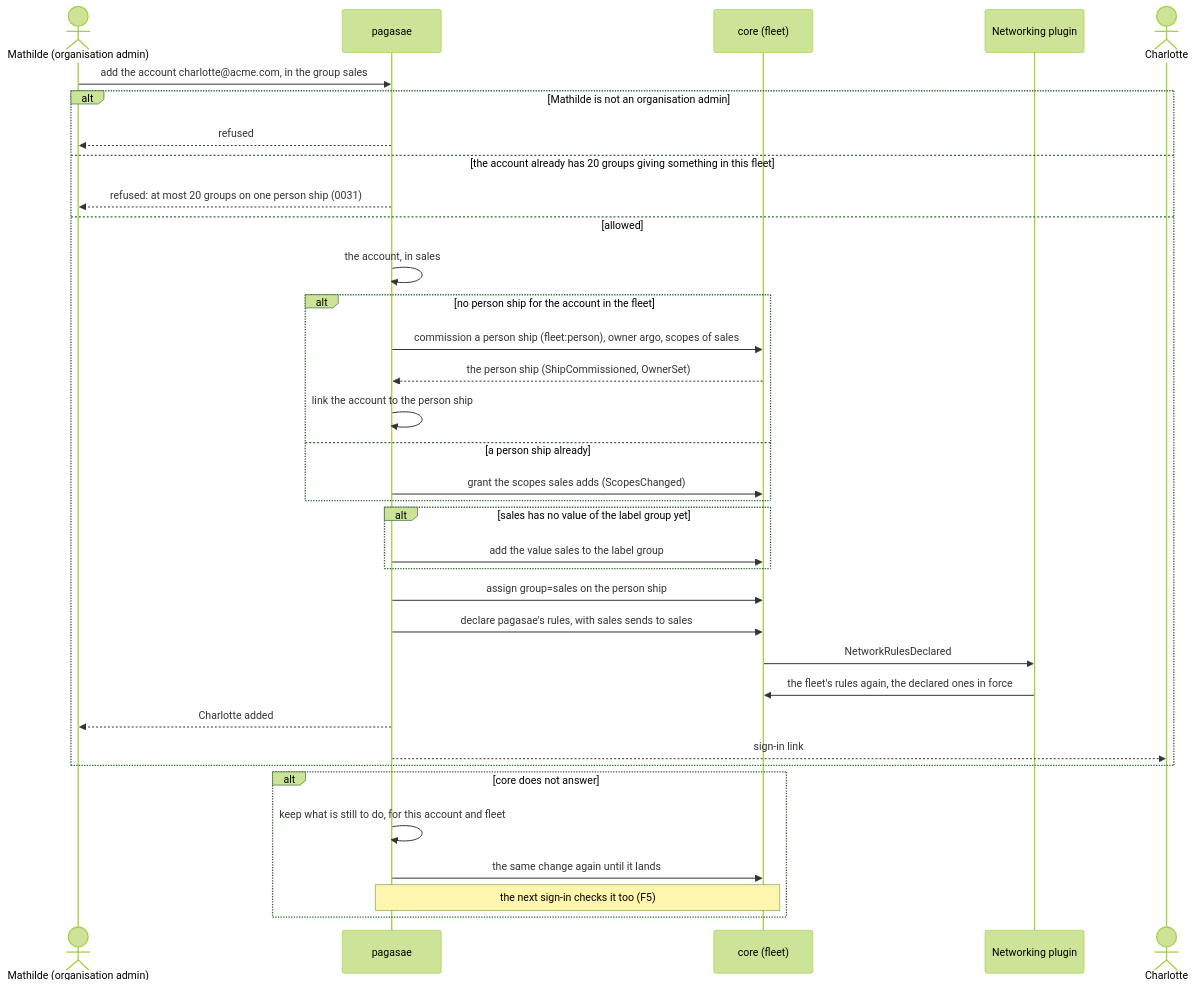
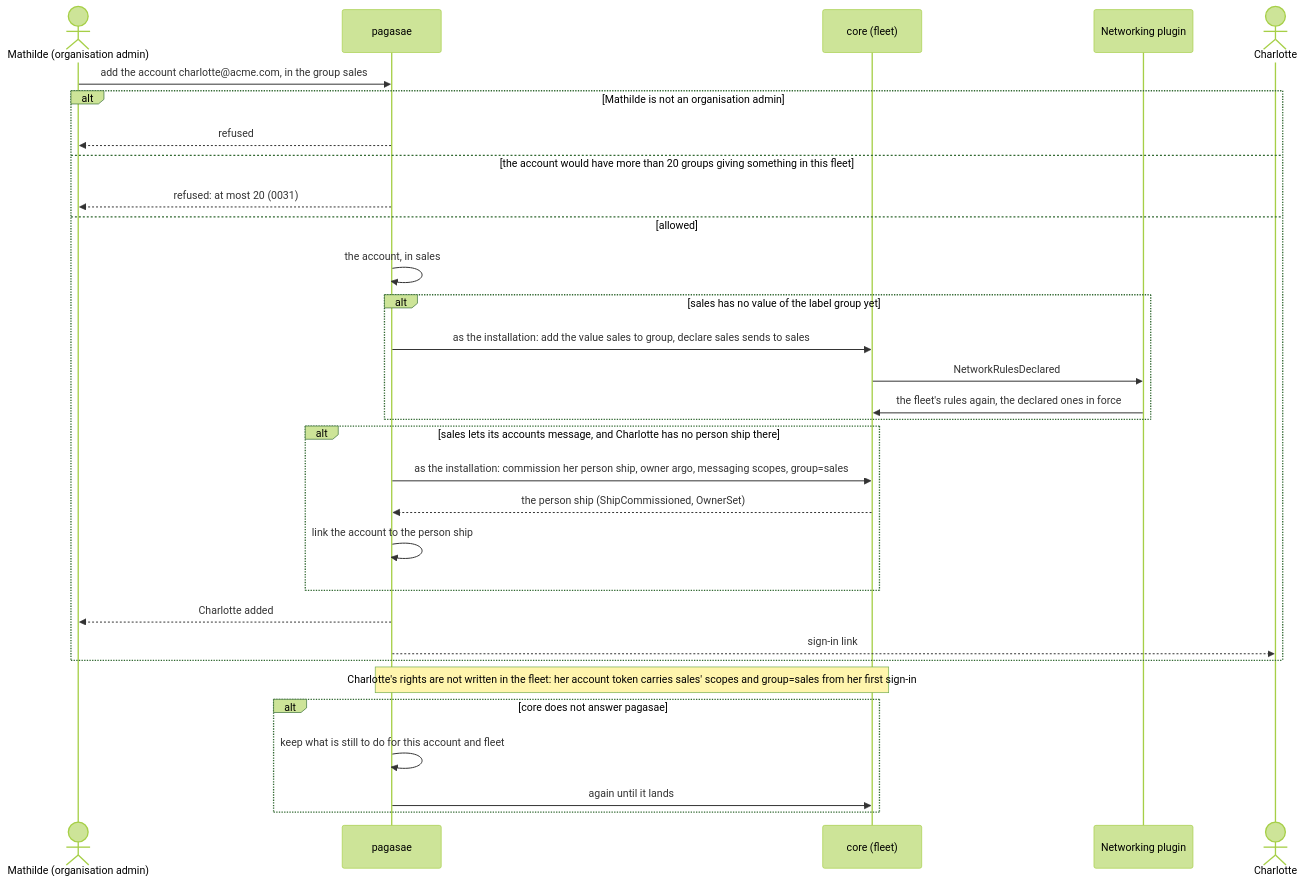
Before and after one commit to ThomasHendrickx/aeolus-fleet: the second of 11 diagrams in docs/design/accounts/phase-2/flows.md, drawn with Mermaid (forest theme). The commit also changed other lines of this file, not shown here.

First line of the commit message:
docs(design): accounts phase 2 flows on the actor model, F11 the account token

````diff
--- a/docs/design/accounts/phase-2/flows.md
+++ b/docs/design/accounts/phase-2/flows.md
@@ -42,37 +42,33 @@
 ```mermaid
 sequenceDiagram
   actor M as Mathilde (organisation admin)
   participant P as pagasae
   participant C as core (fleet)
   participant N as Networking plugin
   actor CH as Charlotte
   M->>P: add the account charlotte@acme.com, in the group sales
   alt Mathilde is not an organisation admin
     P-->>M: refused
-  else the account already has 20 groups giving something in this fleet
-    P-->>M: refused: at most 20 groups on one person ship (0031)
+  else the account would have more than 20 groups giving something in this fleet
+    P-->>M: refused: at most 20 (0031)
   else allowed
     P->>P: the account, in sales
-    alt no person ship for the account in the fleet
-      P->>C: commission a person ship (fleet:person), owner argo, scopes of sales
+    alt sales has no value of the label group yet
+      P->>C: as the installation: add the value sales to group, declare sales sends to sales
+      C->>N: NetworkRulesDeclared
+      N->>C: the fleet's rules again, the declared ones in force
+    end
+    alt sales lets its accounts message, and Charlotte has no person ship there
+      P->>C: as the installation: commission her person ship, owner argo, messaging scopes, group=sales
       C-->>P: the person ship (ShipCommissioned, OwnerSet)
       P->>P: link the account to the person ship
-    else a person ship already
-      P->>C: grant the scopes sales adds (ScopesChanged)
     end
-    alt sales has no value of the label group yet
-      P->>C: add the value sales to the label group
-    end
-    P->>C: assign group=sales on the person ship
-    P->>C: declare pagasae's rules, with sales sends to sales
-    C->>N: NetworkRulesDeclared
-    N->>C: the fleet's rules again, the declared ones in force
     P-->>M: Charlotte added
     P-->>CH: sign-in link
   end
-  alt core does not answer
-    P->>P: keep what is still to do, for this account and fleet
-    P->>C: the same change again until it lands
-    Note over P,C: the next sign-in checks it too (F5)
+  Note over P,C: Charlotte's rights are not written in the fleet: her account token carries sales' scopes and group=sales from her first sign-in
+  alt core does not answer pagasae
+    P->>P: keep what is still to do for this account and fleet
+    P->>C: again until it lands
   end
 ```
````
